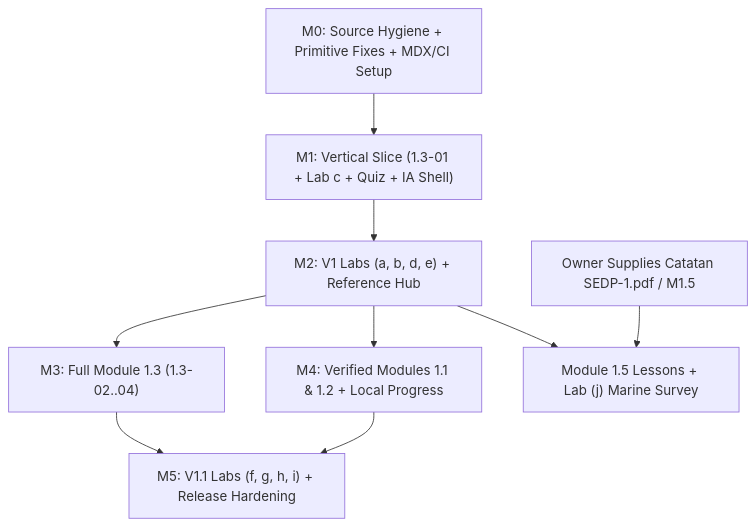
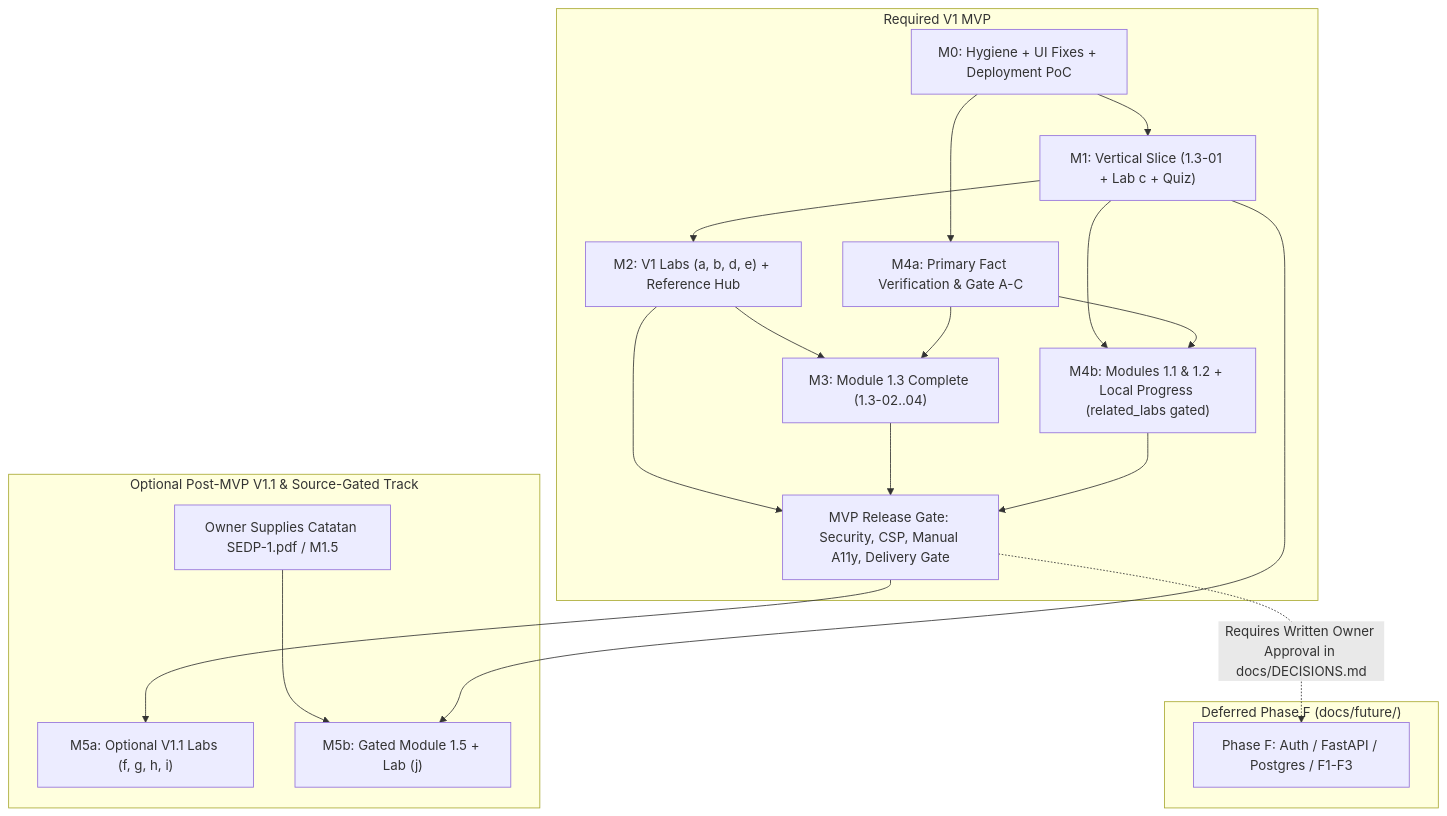
The diagram in docs/plans/IMPLEMENTATION_PLAN.md (Legorvey/sedp-notebook), drawn with Mermaid before and after one commit. The commit also changed other lines of this file and 11 other files, not shown here.

````diff
--- a/docs/plans/IMPLEMENTATION_PLAN.md
+++ b/docs/plans/IMPLEMENTATION_PLAN.md
@@ -26,11 +29,25 @@
 ```mermaid
 flowchart TD
-  M0["M0: Source Hygiene + Primitive Fixes + MDX/CI Setup"] --> M1["M1: Vertical Slice (1.3-01 + Lab c + Quiz + IA Shell)"]
-  M1 --> M2["M2: V1 Labs (a, b, d, e) + Reference Hub"]
-  M2 --> M3["M3: Full Module 1.3 (1.3-02..04)"]
-  M2 --> M4["M4: Verified Modules 1.1 & 1.2 + Local Progress"]
-  M3 --> M5["M5: V1.1 Labs (f, g, h, i) + Release Hardening"]
-  M4 --> M5
-  SRC["Owner Supplies Catatan SEDP-1.pdf / M1.5"] --> M15["Module 1.5 Lessons + Lab (j) Marine Survey"]
-  M2 --> M15
+  subgraph Required_V1_MVP["Required V1 MVP"]
+    M0["M0: Hygiene + UI Fixes + Deployment PoC"] --> M1["M1: Vertical Slice (1.3-01 + Lab c + Quiz)"]
+    M0 --> M4a["M4a: Primary Fact Verification & Gate A-C"]
+    M1 --> M2["M2: V1 Labs (a, b, d, e) + Reference Hub"]
+    M1 --> M4b["M4b: Modules 1.1 & 1.2 + Local Progress (related_labs gated)"]
+    M4a --> M4b
+    M2 --> M3["M3: Module 1.3 Complete (1.3-02..04)"]
+    M4a --> M3
+    M2 --> REL["MVP Release Gate: Security, CSP, Manual A11y, Delivery Gate"]
+    M3 --> REL
+    M4b --> REL
+  end
+
+  subgraph Post_MVP_V1_1_Optional["Optional Post-MVP V1.1 & Source-Gated Track"]
+    REL --> M5a["M5a: Optional V1.1 Labs (f, g, h, i)"]
+    SRC["Owner Supplies Catatan SEDP-1.pdf / M1.5"] --> M5b["M5b: Gated Module 1.5 + Lab (j)"]
+    M1 --> M5b
+  end
+
+  subgraph Deferred_Phase_F["Deferred Phase F (docs/future/)"]
+    REL -. "Requires Written Owner Approval in docs/DECISIONS.md" .-> PF["Phase F: Auth / FastAPI / Postgres / F1-F3"]
+  end
 ```
````
